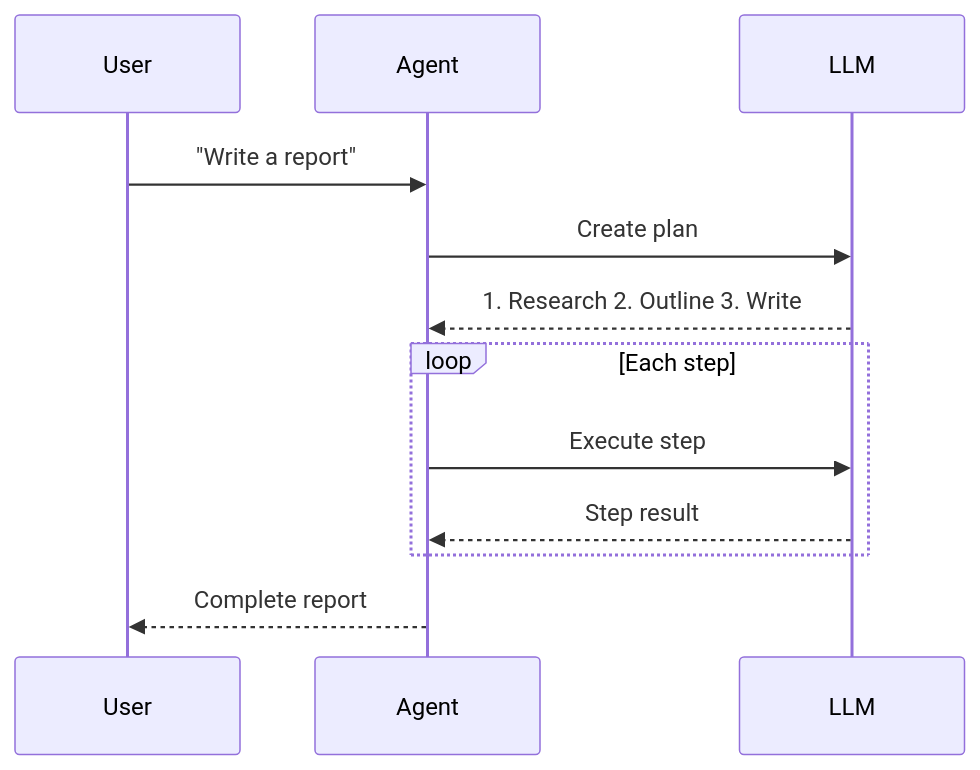
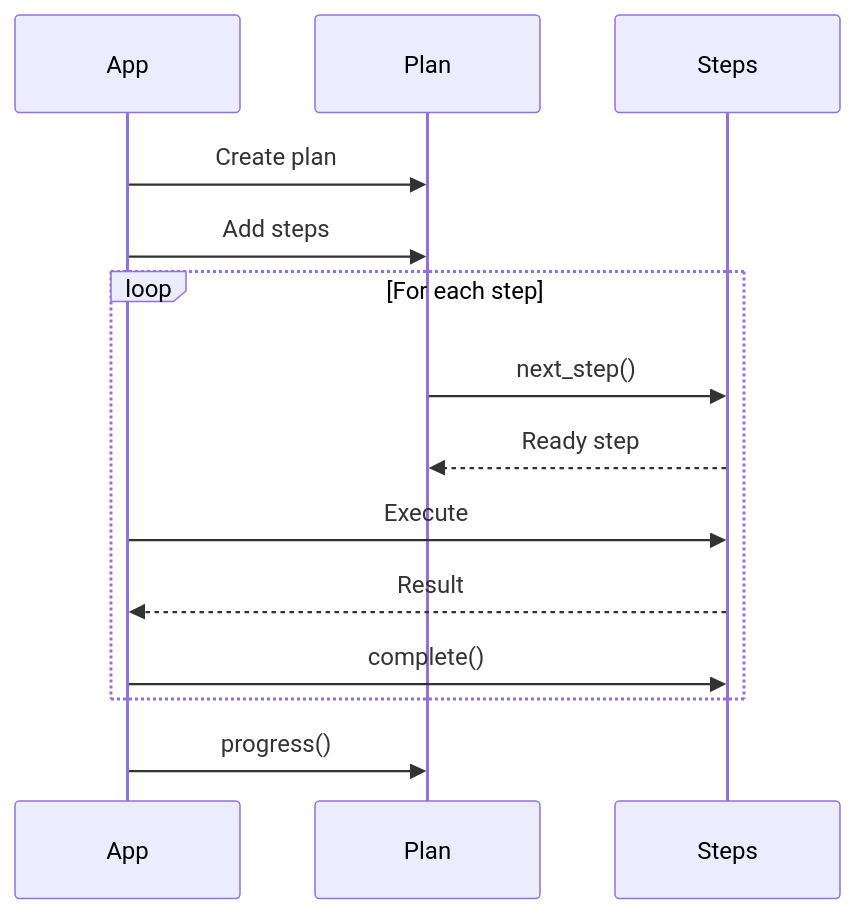
Before and after one commit to MervinPraison/PraisonAIDocs: the second of 3 diagrams in docs/rust/planning.mdx, drawn with Mermaid. The commit also changed other lines of this file and 39 other files, not shown here.

````diff
--- a/docs/rust/planning.mdx
+++ b/docs/rust/planning.mdx
@@ -67,17 +89,17 @@
 ```mermaid
 sequenceDiagram
-    participant User
-    participant Agent
-    participant LLM
+    participant App
+    participant Plan
+    participant Steps
     
-    User->>Agent: "Write a report"
-    Agent->>LLM: Create plan
-    LLM-->>Agent: 1. Research 2. Outline 3. Write
-    
-    loop Each step
-        Agent->>LLM: Execute step
-        LLM-->>Agent: Step result
+    App->>Plan: Create plan
+    App->>Plan: Add steps
+    loop For each step
+        Plan->>Steps: next_step()
+        Steps-->>Plan: Ready step
+        App->>Steps: Execute
+        Steps-->>App: Result
+        App->>Steps: complete()
     end
-    
-    Agent-->>User: Complete report
+    App->>Plan: progress()
 ```
````
